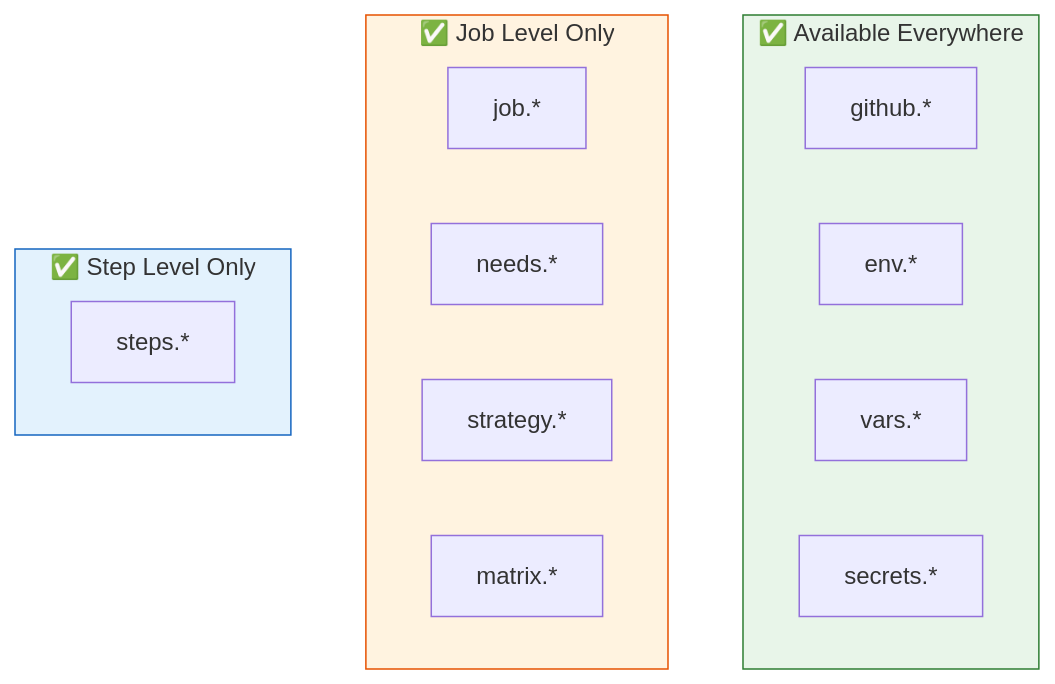
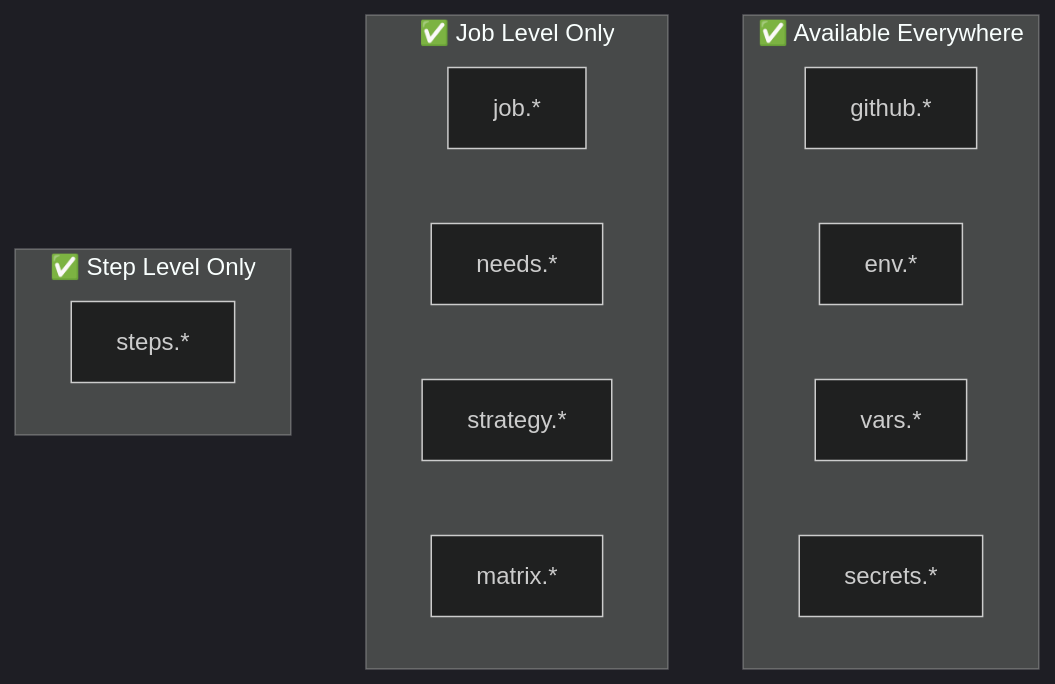
One commit to vishutyagi0210/github-ci-cd-with-labs changed the second of 2 diagrams in 08-github-contexts/README.md. Above: the diagram before and after it, drawn with Mermaid. The commit also changed other lines of this file and 13 other files, not shown here.

Commit message:
fix: switch all mermaid diagrams to dark theme for better readability

````diff
--- a/08-github-contexts/README.md
+++ b/08-github-contexts/README.md
@@ -73,24 +70,22 @@
 ```mermaid
+%%{init: {"theme": "dark"}}%%
 graph TD
     subgraph EVERYWHERE["✅ Available Everywhere"]
         G["github.*"]
         E["env.*"]
         V["vars.*"]
         S["secrets.*"]
     end
 
     subgraph JOB_LEVEL["✅ Job Level Only"]
         J["job.*"]
         N["needs.*"]
         ST["strategy.*"]
         M["matrix.*"]
     end
 
     subgraph STEP_LEVEL["✅ Step Level Only"]
         STP["steps.*"]
     end
 
-    style EVERYWHERE fill:#e8f5e9,stroke:#2e7d32
-    style JOB_LEVEL fill:#fff3e0,stroke:#e65100
-    style STEP_LEVEL fill:#e3f2fd,stroke:#1565c0
 ```
````
